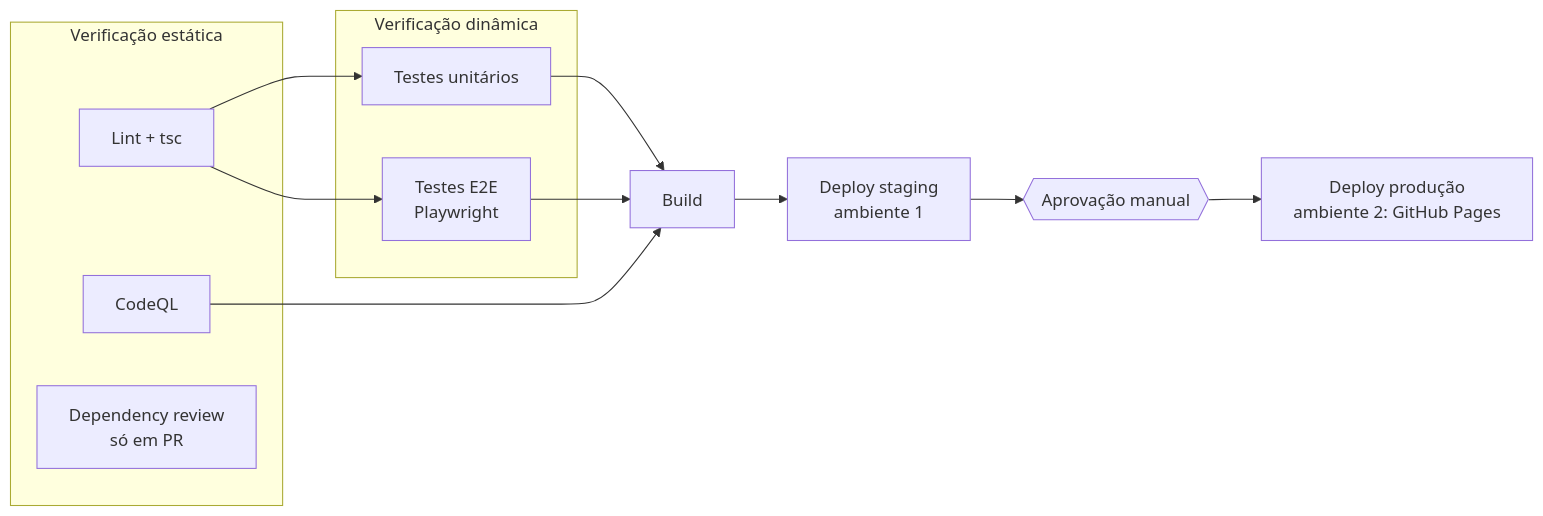
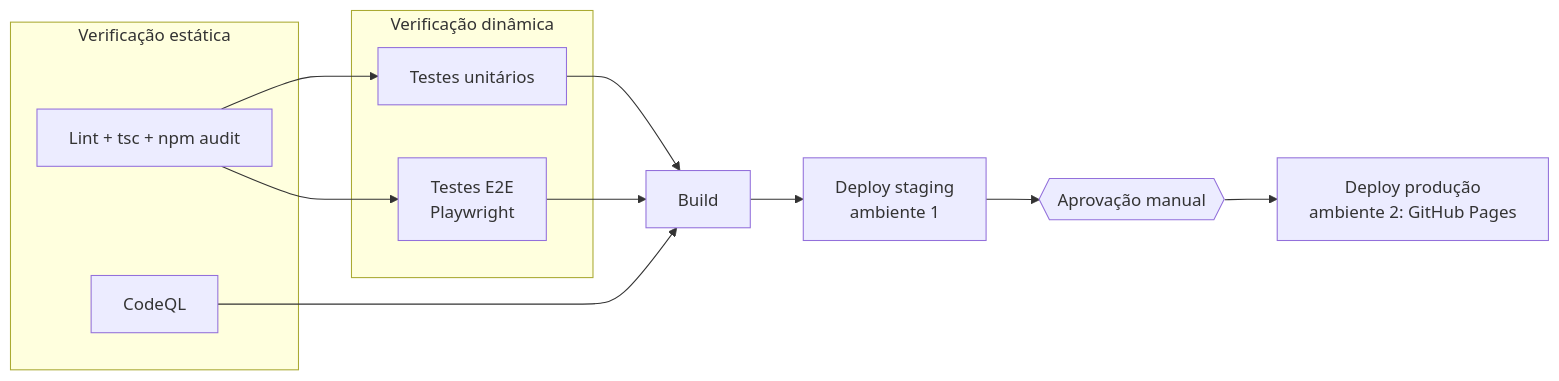
Before and after one commit to jcal1998/lee-random: the diagram in docs/PIPELINE.md, drawn with Mermaid. The commit also changed other lines of this file and 1 other file, not shown here.

First line of the commit message:
Replace dependency review with npm audit and update actions to Node 24 majors

````diff
--- a/docs/PIPELINE.md
+++ b/docs/PIPELINE.md
@@ -5,17 +5,16 @@
 ```mermaid
 flowchart LR
   subgraph Verificação estática
-    lint[Lint + tsc]
+    lint[Lint + tsc + npm audit]
     codeql[CodeQL]
-    dep[Dependency review<br/>só em PR]
   end
   subgraph Verificação dinâmica
     unit[Testes unitários]
     e2e[Testes E2E<br/>Playwright]
   end
   lint --> unit & e2e
   unit & e2e & codeql --> build[Build]
   build --> staging[Deploy staging<br/>ambiente 1]
   staging --> approval{{Aprovação manual}}
   approval --> prod[Deploy produção<br/>ambiente 2: GitHub Pages]
 ```
````
